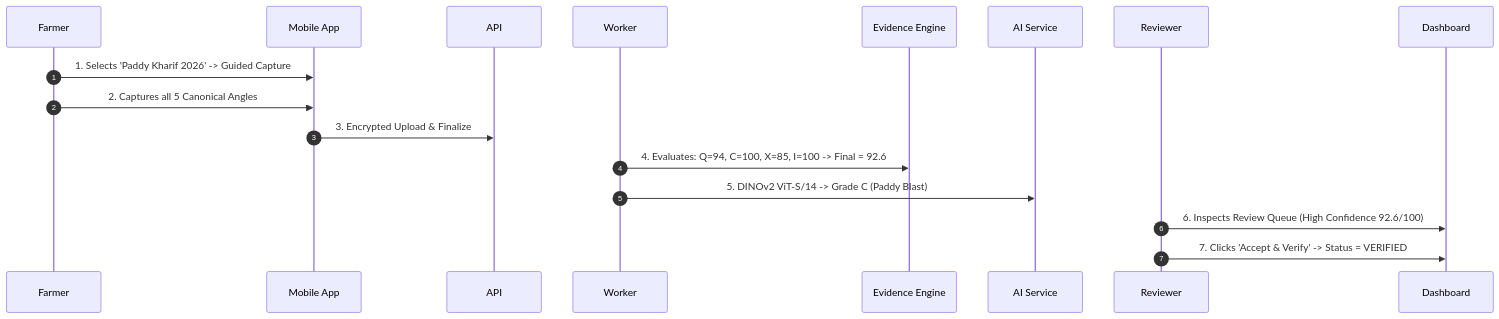
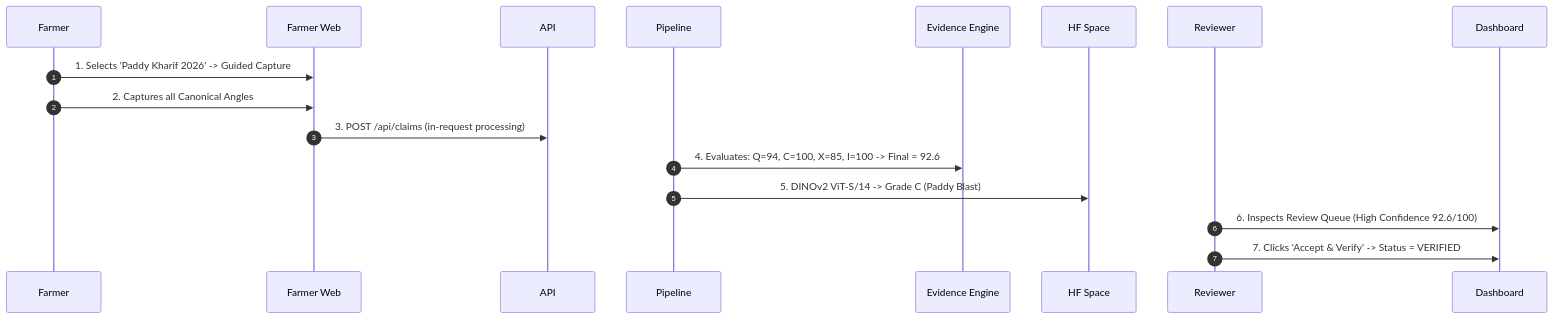
One commit to dhrrishitvdeka/Fasal-Pramaan changed the first of 3 diagrams in docs/demo-walkthrough.md. Above: the diagram before and after it, drawn with Mermaid. The commit also changed other lines of this file and 924 other files, not shown here.

````diff
--- a/docs/demo-walkthrough.md
+++ b/docs/demo-walkthrough.md
@@ -28,11 +31,11 @@
 ```mermaid
 sequenceDiagram
   autonumber
-  Farmer->>Mobile App: 1. Selects 'Paddy Kharif 2026' -> Guided Capture
-  Farmer->>Mobile App: 2. Captures all 5 Canonical Angles
-  Mobile App->>API: 3. Encrypted Upload & Finalize
-  Worker->>Evidence Engine: 4. Evaluates: Q=94, C=100, X=85, I=100 -> Final = 92.6
-  Worker->>AI Service: 5. DINOv2 ViT-S/14 -> Grade C (Paddy Blast)
+  Farmer->>Farmer Web: 1. Selects 'Paddy Kharif 2026' -> Guided Capture
+  Farmer->>Farmer Web: 2. Captures all Canonical Angles
+  Farmer Web->>API: 3. POST /api/claims (in-request processing)
+  Pipeline->>Evidence Engine: 4. Evaluates: Q=94, C=100, X=85, I=100 -> Final = 92.6
+  Pipeline->>HF Space: 5. DINOv2 ViT-S/14 -> Grade C (Paddy Blast)
   Reviewer->>Dashboard: 6. Inspects Review Queue (High Confidence 92.6/100)
   Reviewer->>Dashboard: 7. Clicks 'Accept & Verify' -> Status = VERIFIED
 ```
````
